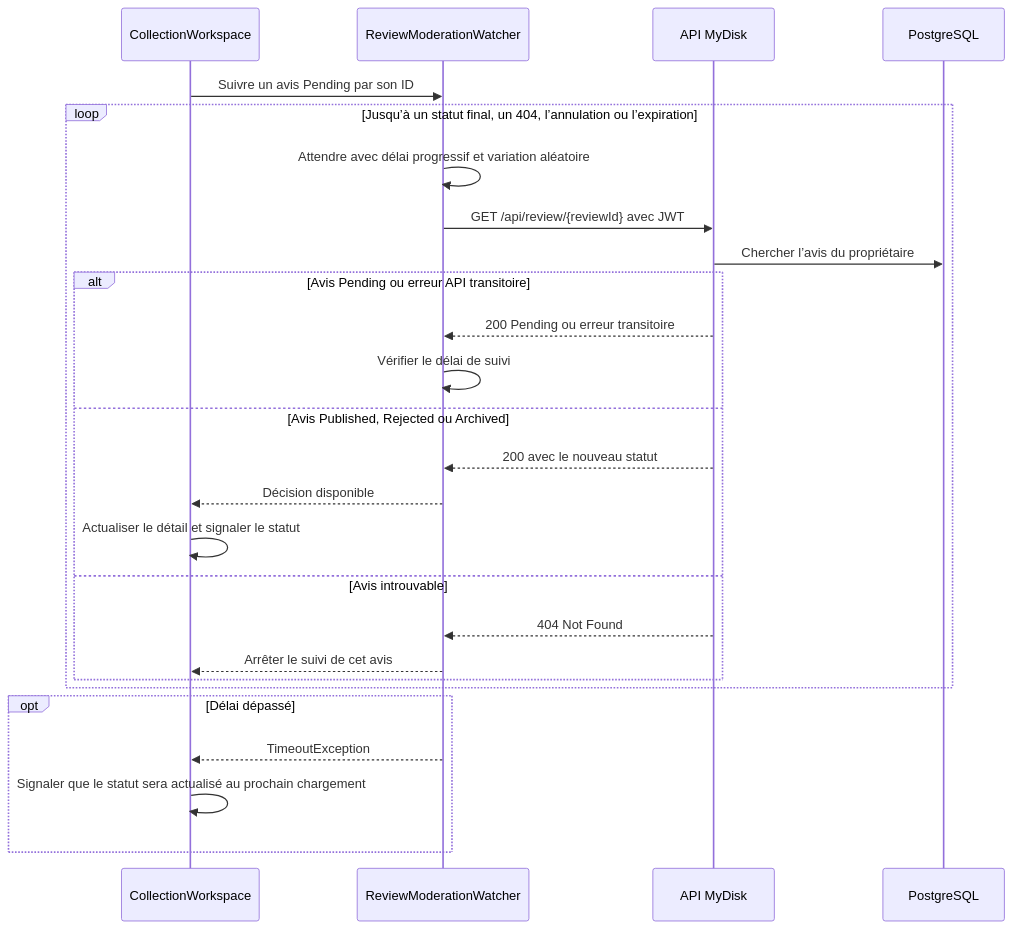
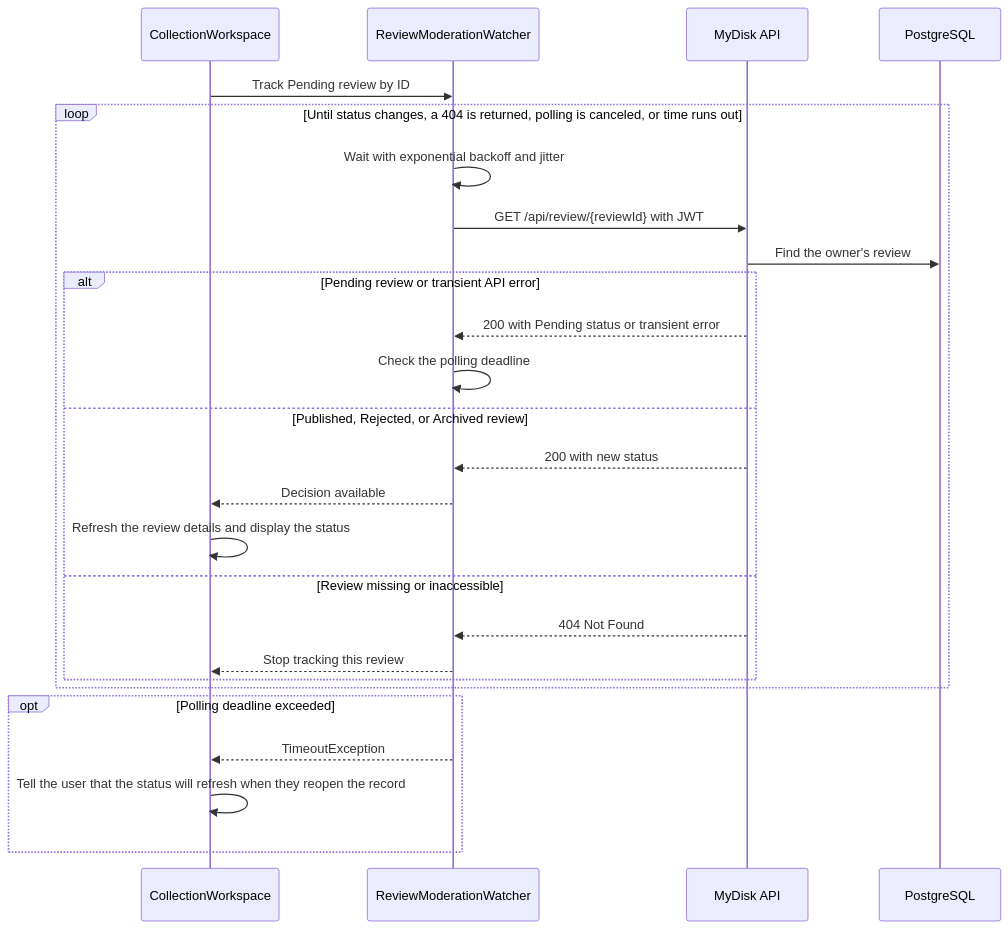
The seventh of 7 diagrams in docs/WORKER.md (Fabian-Raeskinet/mydisk-api), drawn with Mermaid before and after one commit. The commit also changed other lines of this file and 5 other files, not shown here.

Commit message:
update documentation: rename use cases file and translate architecture content to English

````diff
--- a/docs/WORKER.md
+++ b/docs/WORKER.md
@@ -207,29 +207,29 @@
 ```mermaid
 sequenceDiagram
     participant UI as CollectionWorkspace
     participant W as ReviewModerationWatcher
-    participant API as API MyDisk
+    participant API as MyDisk API
     participant DB as PostgreSQL
 
-    UI->>W: Suivre un avis Pending par son ID
-    loop Jusqu’à un statut final, un 404, l’annulation ou l’expiration
-        W->>W: Attendre avec délai progressif et variation aléatoire
-        W->>API: GET /api/review/{reviewId} avec JWT
-        API->>DB: Chercher l’avis du propriétaire
-        alt Avis Pending ou erreur API transitoire
-            API-->>W: 200 Pending ou erreur transitoire
-            W->>W: Vérifier le délai de suivi
-        else Avis Published, Rejected ou Archived
-            API-->>W: 200 avec le nouveau statut
-            W-->>UI: Décision disponible
-            UI->>UI: Actualiser le détail et signaler le statut
-        else Avis introuvable
+    UI->>W: Track Pending review by ID
+    loop Until status changes, a 404 is returned, polling is canceled, or time runs out
+        W->>W: Wait with exponential backoff and jitter
+        W->>API: GET /api/review/{reviewId} with JWT
+        API->>DB: Find the owner's review
+        alt Pending review or transient API error
+            API-->>W: 200 with Pending status or transient error
+            W->>W: Check the polling deadline
+        else Published, Rejected, or Archived review
+            API-->>W: 200 with new status
+            W-->>UI: Decision available
+            UI->>UI: Refresh the review details and display the status
+        else Review missing or inaccessible
             API-->>W: 404 Not Found
-            W-->>UI: Arrêter le suivi de cet avis
+            W-->>UI: Stop tracking this review
         end
     end
-    opt Délai dépassé
+    opt Polling deadline exceeded
         W-->>UI: TimeoutException
-        UI->>UI: Signaler que le statut sera actualisé au prochain chargement
+        UI->>UI: Tell the user that the status will refresh when they reopen the record
     end
 ```
````
